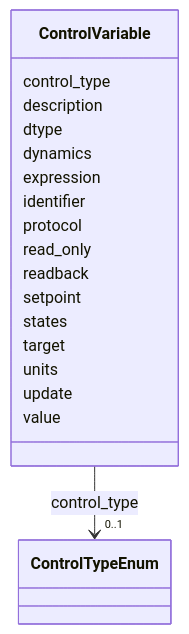
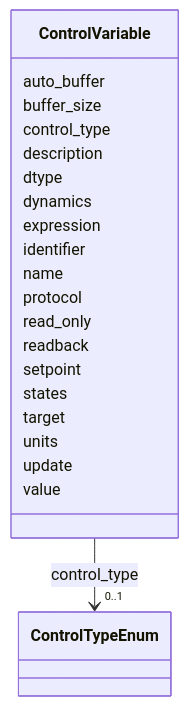
One commit to astec-stfc/laura changed the diagram in docs/source/schema/ControlVariable.md. Above: the diagram before and after it, drawn with Mermaid. The commit also changed other lines of this file and 297 other files, not shown here.

Commit message:
set all float -> double in the schema, and make controlvariable attrs consistent from the schema rather than re-declaring variables in python only

````diff
--- a/docs/source/schema/ControlVariable.md
+++ b/docs/source/schema/ControlVariable.md
@@ -18,45 +18,51 @@
 ```mermaid
  classDiagram
     class ControlVariable
     click ControlVariable href "../ControlVariable/"
+      ControlVariable : auto_buffer
+        
+      ControlVariable : buffer_size
+        
       ControlVariable : control_type
         
           
     
         
         
         ControlVariable --> "0..1" ControlTypeEnum : control_type
         click ControlTypeEnum href "../ControlTypeEnum/"
     
 
         
       ControlVariable : description
         
       ControlVariable : dtype
         
       ControlVariable : dynamics
         
       ControlVariable : expression
         
       ControlVariable : identifier
         
+      ControlVariable : name
+        
       ControlVariable : protocol
         
       ControlVariable : read_only
         
       ControlVariable : readback
         
       ControlVariable : setpoint
         
       ControlVariable : states
         
       ControlVariable : target
         
       ControlVariable : units
         
       ControlVariable : update
         
       ControlVariable : value
         
       
 ```
````
